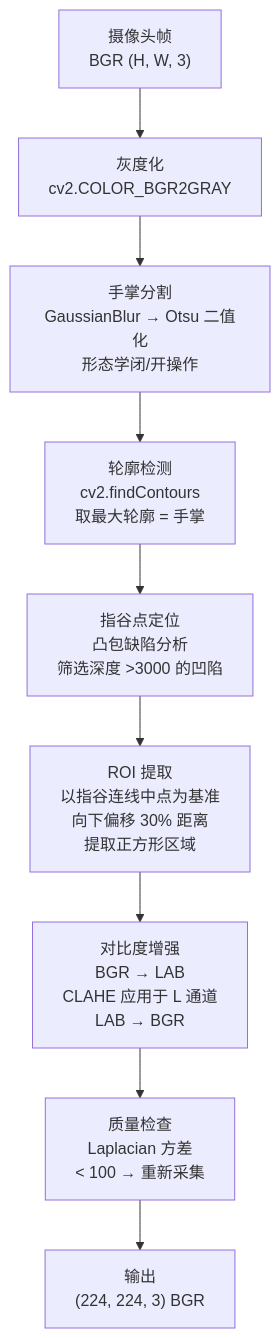
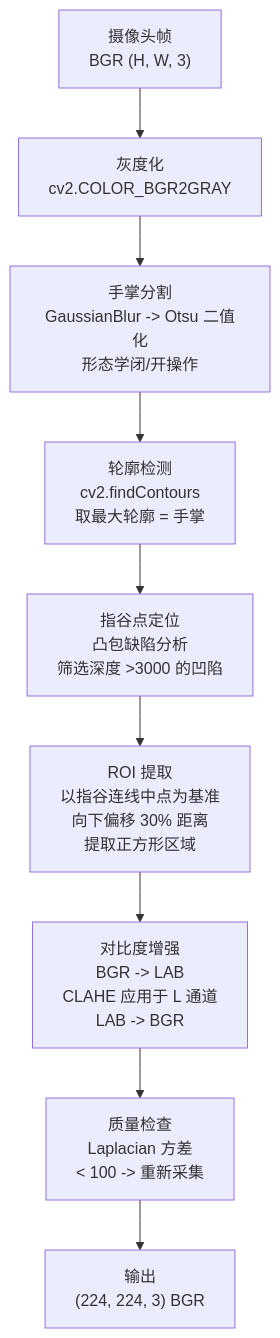
One commit to zhouxzh/Ascend310 changed the second of 7 diagrams in src/experiment/case4.md. Above: the diagram before and after it, drawn with Mermaid. The commit also changed other lines of this file and 51 other files, not shown here.

````diff
--- a/src/experiment/case4.md
+++ b/src/experiment/case4.md
@@ -127,11 +127,11 @@
 ```mermaid
 flowchart TD
     RAW["摄像头帧\nBGR (H, W, 3)"] --> GRAY["灰度化\ncv2.COLOR_BGR2GRAY"]
-    GRAY --> SEG["手掌分割\nGaussianBlur → Otsu 二值化\n形态学闭/开操作"]
+    GRAY --> SEG["手掌分割\nGaussianBlur -> Otsu 二值化\n形态学闭/开操作"]
     SEG --> CONTOUR["轮廓检测\ncv2.findContours\n取最大轮廓 = 手掌"]
     CONTOUR --> VALLEY["指谷点定位\n凸包缺陷分析\n筛选深度 >3000 的凹陷"]
     VALLEY --> ROI["ROI 提取\n以指谷连线中点为基准\n向下偏移 30% 距离\n提取正方形区域"]
-    ROI --> CLAHE["对比度增强\nBGR → LAB\nCLAHE 应用于 L 通道\nLAB → BGR"]
-    CLAHE --> CHECK["质量检查\nLaplacian 方差\n< 100 → 重新采集"]
+    ROI --> CLAHE["对比度增强\nBGR -> LAB\nCLAHE 应用于 L 通道\nLAB -> BGR"]
+    CLAHE --> CHECK["质量检查\nLaplacian 方差\n< 100 -> 重新采集"]
     CHECK --> OUTPUT["输出\n(224, 224, 3) BGR"]
 ```
````
